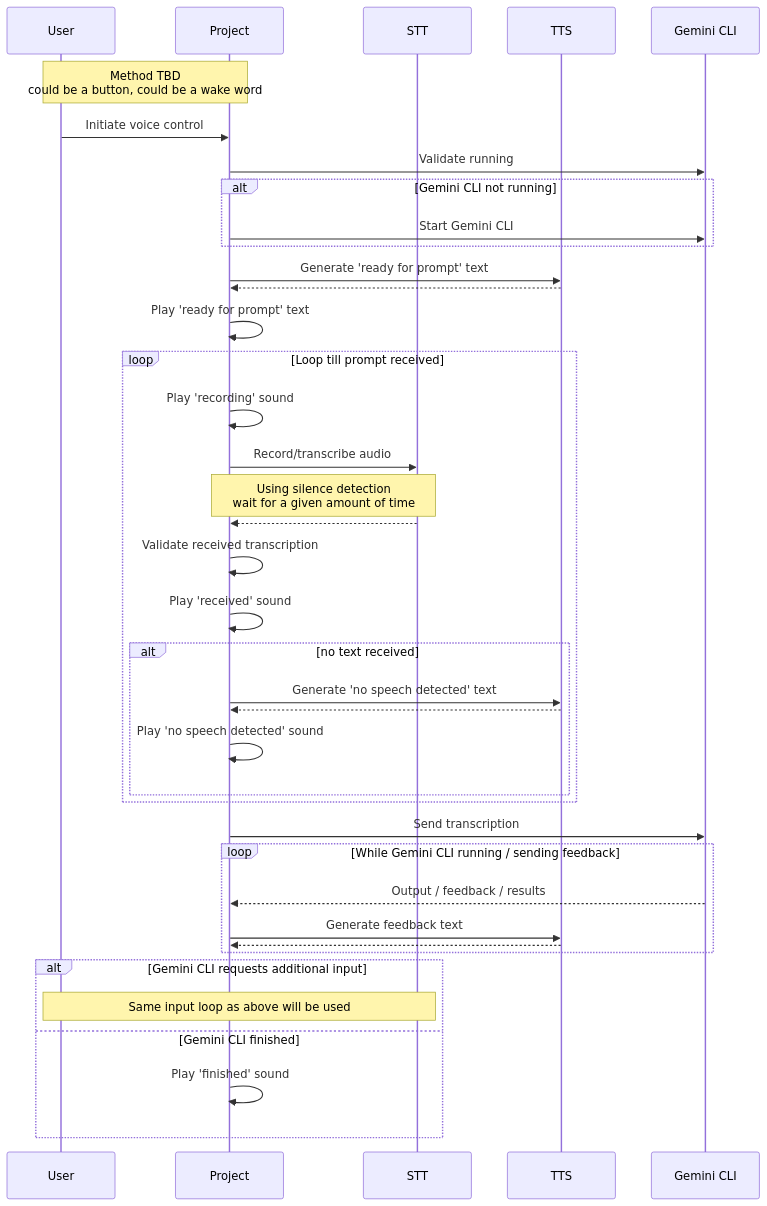
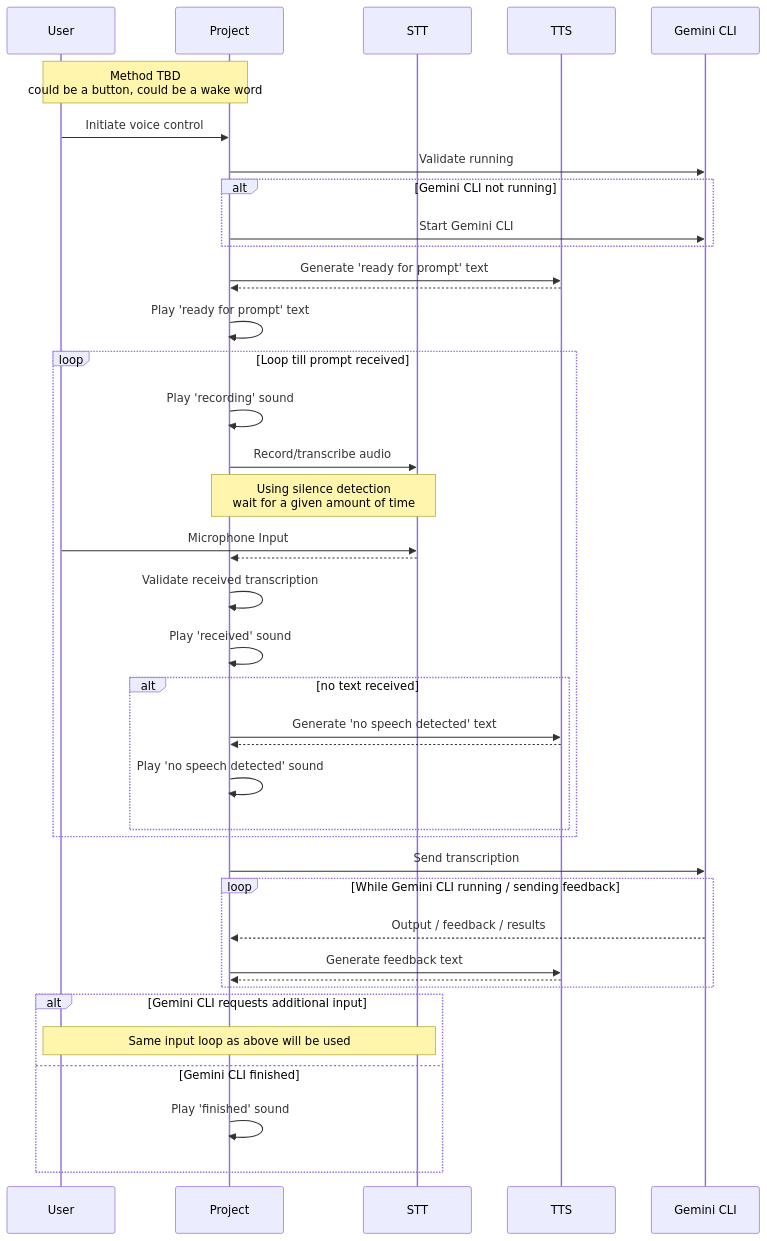
The diagram in README.md (msioen/gemini-cli-voice), drawn with Mermaid before and after one commit. The commit also changed other lines of this file, not shown here.

````diff
--- a/README.md
+++ b/README.md
@@ -13,42 +15,43 @@
 ```mermaid
 sequenceDiagram
     participant User
     participant Project
     participant STT
     participant TTS
     participant Gemini CLI
 
     Note over User, Project: Method TBD<br />could be a button, could be a wake word
     User->>Project: Initiate voice control
     Project->>Gemini CLI: Validate running
     alt Gemini CLI not running
         Project->>Gemini CLI: Start Gemini CLI
     end
     Project->>TTS: Generate 'ready for prompt' text
     TTS-->>Project: 
     Project->>Project: Play 'ready for prompt' text
     loop Loop till prompt received
         Project->>Project: Play 'recording' sound
         Project->>STT: Record/transcribe audio
         Note over Project, STT: Using silence detection<br />wait for a given amount of time
+        User->>STT: Microphone Input
         STT-->>Project: 
         Project->>Project: Validate received transcription
         Project->>Project: Play 'received' sound
         alt no text received
             Project->>TTS: Generate 'no speech detected' text
             TTS-->>Project: 
             Project->>Project: Play 'no speech detected' sound
         end
     end
     Project->>Gemini CLI: Send transcription
     loop While Gemini CLI running / sending feedback
         Gemini CLI-->>Project: Output / feedback / results
         Project->>TTS: Generate feedback text
         TTS-->>Project: 
     end
     alt Gemini CLI requests additional input
         Note over User,STT: Same input loop as above will be used
     else Gemini CLI finished
         Project->>Project: Play 'finished' sound
     end
 ```
````
